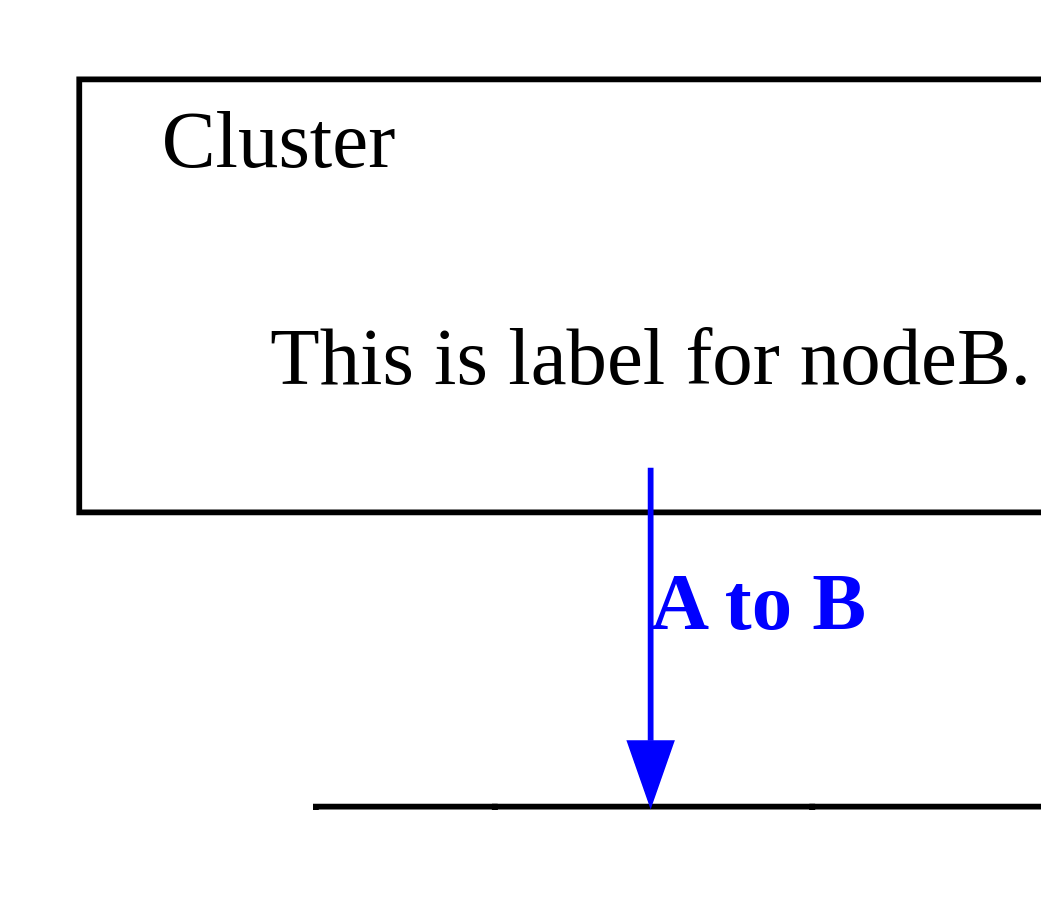
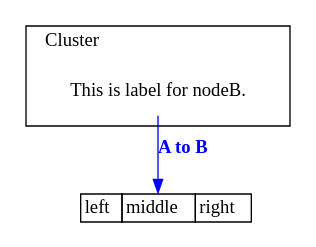
Before and after one commit to ts-graphviz/ts-graphviz: the diagram in packages/react/README.md, drawn with Graphviz. The commit also changed other lines of this file and 2 other files, not shown here.

Commit message:
update svg

````diff
--- a/packages/react/README.md
+++ b/packages/react/README.md
@@ -68,29 +67,28 @@
 ```dot
 digraph {
-  dpi = 150;
   rankdir = "TB";
   edge [
     color = "blue",
     fontcolor = "blue",
   ];
   node [
     shape = "none",
   ];
   "nodeA" [
     shape = "none",
     label = <<TABLE BORDER="0" CELLBORDER="1" CELLSPACING="0"><TR><TD>left</TD><TD PORT="m">middle</TD><TD PORT="r">right</TD></TR></TABLE>>,
   ];
   "nodeB";
   subgraph "cluster" {
     labeljust = "l";
     label = "Cluster";
     "nodeB" [
       label = "This is label for nodeB.",
     ];
   }
   // Edge from node A to B
   "nodeB" -> "nodeA":"m" [
     label = <<B>A to B</B>>,
   ];
 }
 ```
````
